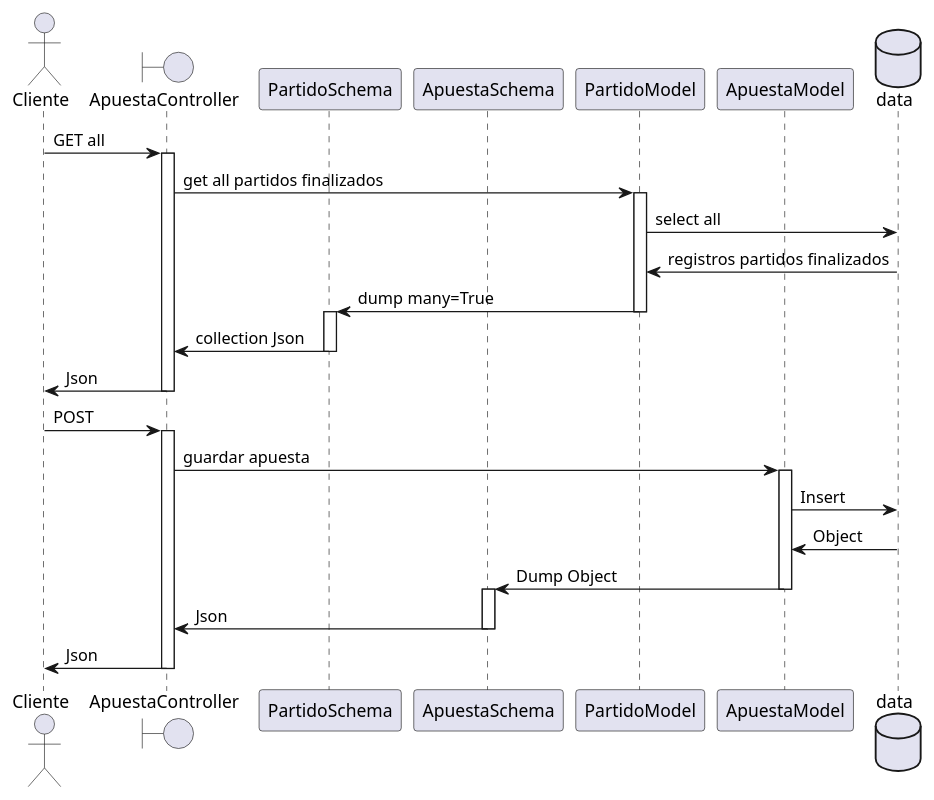
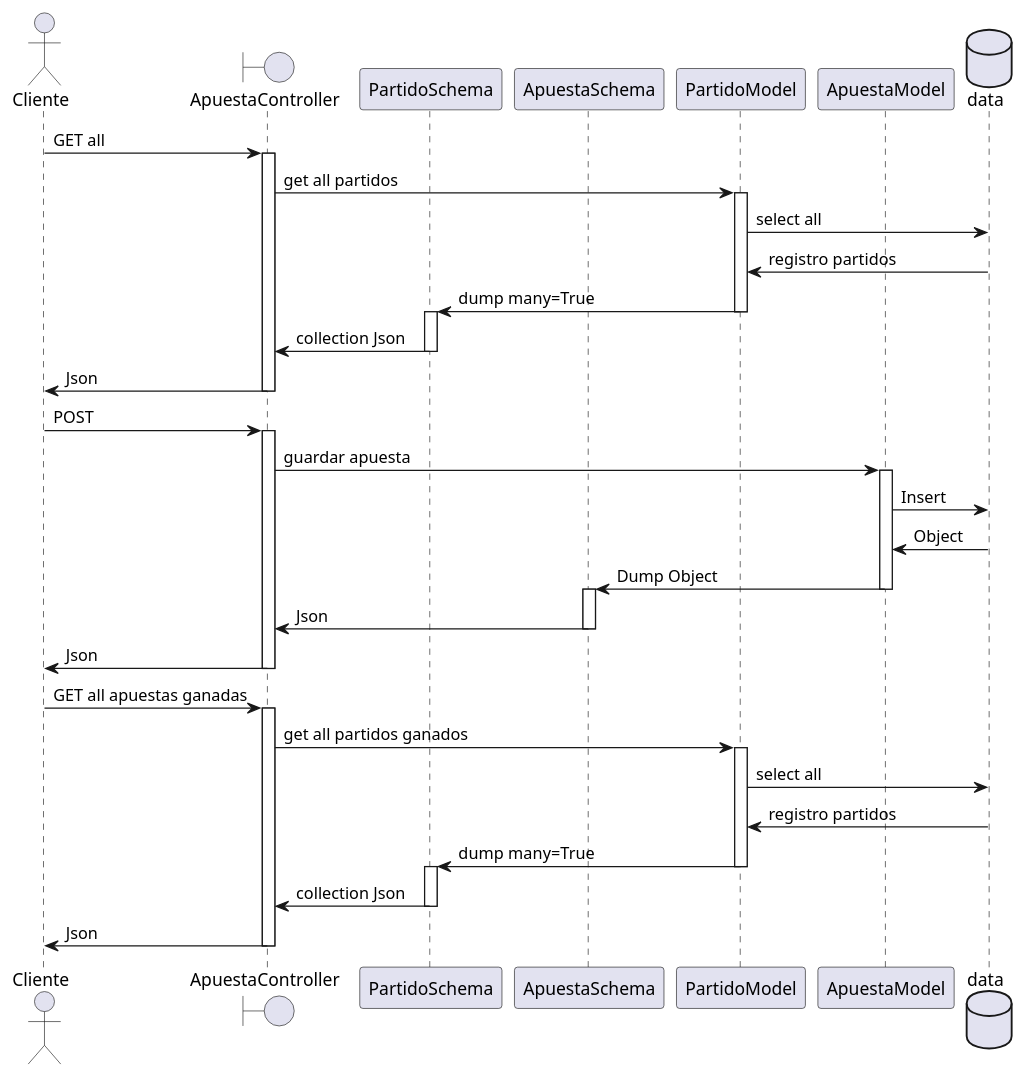
One commit to GastonFenske/Bookmaker-DS changed the diagram in docs/diagrama_secuencia_apuestas.puml. Above: the diagram before and after it, drawn with PlantUML. The commit also changed 4043 other files, not shown here.

Commit message:
avances en los diagramas

```diff
--- a/docs/diagrama_secuencia_apuestas.puml
+++ b/docs/diagrama_secuencia_apuestas.puml
@@ -1,39 +1,53 @@
 @startuml
 
 actor Cliente
 boundary ApuestaController
 participant PartidoSchema
 participant ApuestaSchema
 participant PartidoModel
 participant ApuestaModel
 database data
 
 Cliente -> ApuestaController: GET all
 activate ApuestaController
-ApuestaController -> PartidoModel: get all partidos finalizados
+ApuestaController -> PartidoModel: get all partidos 
 activate PartidoModel
 PartidoModel -> data: select all
-PartidoModel <- data: registros partidos finalizados
+PartidoModel <- data: registro partidos 
 PartidoSchema <- PartidoModel: dump many=True
 deactivate PartidoModel
 activate PartidoSchema
 PartidoSchema -> ApuestaController: collection Json
 deactivate PartidoSchema
 Cliente <- ApuestaController: Json
 deactivate ApuestaController
 
 Cliente -> ApuestaController: POST
 activate ApuestaController
 ApuestaController -> ApuestaModel: guardar apuesta
 activate ApuestaModel
 ApuestaModel -> data: Insert
 ApuestaModel <- data: Object
 ApuestaSchema <- ApuestaModel: Dump Object
 deactivate ApuestaModel
 activate ApuestaSchema
 ApuestaSchema -> ApuestaController: Json
 deactivate ApuestaSchema
 Cliente <- ApuestaController: Json
 deactivate ApuestaController
 
+Cliente -> ApuestaController: GET all apuestas ganadas
+activate ApuestaController
+ApuestaController -> PartidoModel: get all partidos ganados
+activate PartidoModel
+PartidoModel -> data: select all
+PartidoModel <- data: registro partidos 
+PartidoSchema <- PartidoModel: dump many=True
+deactivate PartidoModel
+activate PartidoSchema
+PartidoSchema -> ApuestaController: collection Json
+deactivate PartidoSchema
+Cliente <- ApuestaController: Json
+deactivate ApuestaController
+
 @enduml
```
